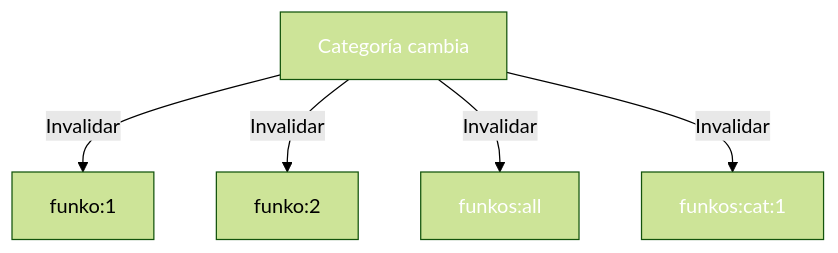
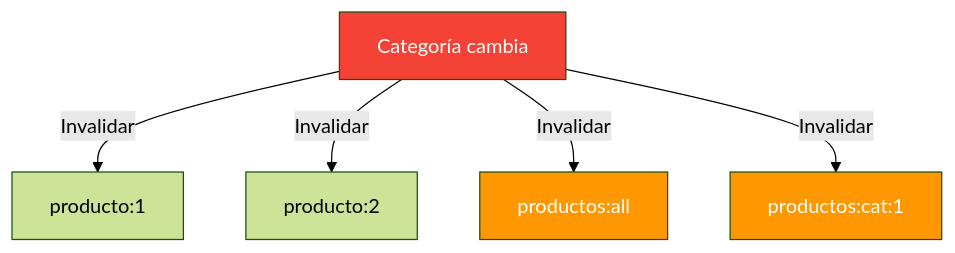
One commit to joseluisgs/DesarrolloWebEntornosServidor-02-2026-2027 changed diagram 16 of 17 in 14-cache-redis.md. Above: the diagram before and after it, drawn with Mermaid (forest theme). The commit also changed other lines of this file, not shown here.

````diff
--- a/14-cache-redis.md
+++ b/14-cache-redis.md
@@ -884,10 +962,10 @@
 ```mermaid
 flowchart TD
-    CM["Categoría cambia"] -->|Invalidar| F1["funko:1"]
-    CM -->|Invalidar| F2["funko:2"]
-    CM -->|Invalidar| L1["funkos:all"]
-    CM -->|Invalidar| L2["funkos:cat:1"]
-    style CM fill:#F4433,color:#fff6,color:#fff
-    style L1 fill:#FF980,color:#fff0,color:#fff
-    style L2 fill:#FF980,color:#fff0,color:#fff
+    CM["Categoría cambia"] -->|Invalidar| P1["producto:1"]
+    CM -->|Invalidar| P2["producto:2"]
+    CM -->|Invalidar| L1["productos:all"]
+    CM -->|Invalidar| L2["productos:cat:1"]
+    style CM fill:#F44336,color:#fff
+    style L1 fill:#FF9800,color:#fff
+    style L2 fill:#FF9800,color:#fff
 ```
````
